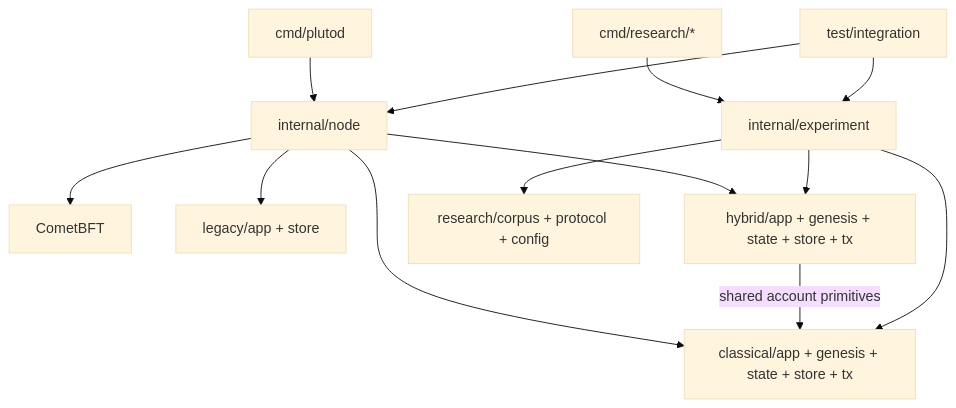
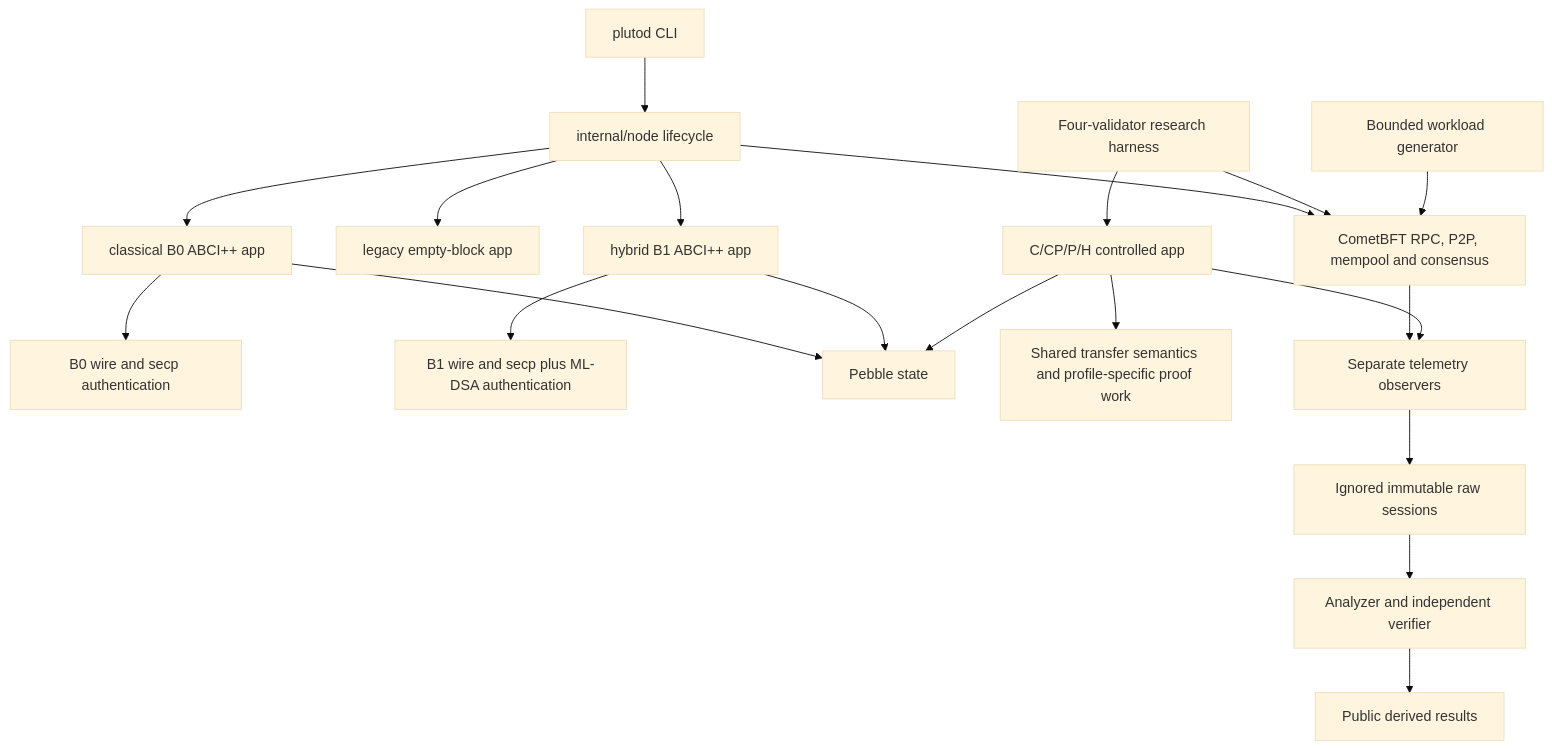
One commit to the-phong/Beam changed the diagram in docs/ARCHITECTURE.md. Above: the diagram before and after it, drawn with Mermaid (base theme). The commit also changed other lines of this file and 785 other files, not shown here.

Commit message:
refactor: organize Beam architecture and research artifacts

````diff
--- a/docs/ARCHITECTURE.md
+++ b/docs/ARCHITECTURE.md
@@ -5,15 +5,22 @@
 ```mermaid
 flowchart TD
-  CLI[cmd/plutod] --> N[internal/node]
-  N --> CM[CometBFT]
-  N --> L[legacy/app + store]
-  N --> C[classical/app + genesis + state + store + tx]
-  N --> H[hybrid/app + genesis + state + store + tx]
-  H -->|shared account primitives| C
-  RC[cmd/research/*] --> E[internal/experiment]
-  E --> C
-  E --> H
-  T[test/integration] --> N
-  T --> E
-  E --> R[research/corpus + protocol + config]
+  CLI[plutod CLI] --> Node[internal/node lifecycle]
+  Node --> Comet[CometBFT RPC, P2P, mempool and consensus]
+  Node --> Legacy[legacy empty-block app]
+  Node --> B0[classical B0 ABCI++ app]
+  Node --> B1[hybrid B1 ABCI++ app]
+  B0 --> B0Tx[B0 wire and secp authentication]
+  B1 --> B1Tx[B1 wire and secp plus ML-DSA authentication]
+  B0 --> DB[Pebble state]
+  B1 --> DB
+  Harness[Four-validator research harness] --> Comet
+  Harness --> Profiles[C/CP/P/H controlled app]
+  Profiles --> ExpState[Shared transfer semantics and profile-specific proof work]
+  Profiles --> DB
+  Generator[Bounded workload generator] --> Comet
+  Comet --> Observer[Separate telemetry observers]
+  Profiles --> Observer
+  Observer --> Raw[Ignored immutable raw sessions]
+  Raw --> Analyzer[Analyzer and independent verifier]
+  Analyzer --> Results[Public derived results]
 ```
````
